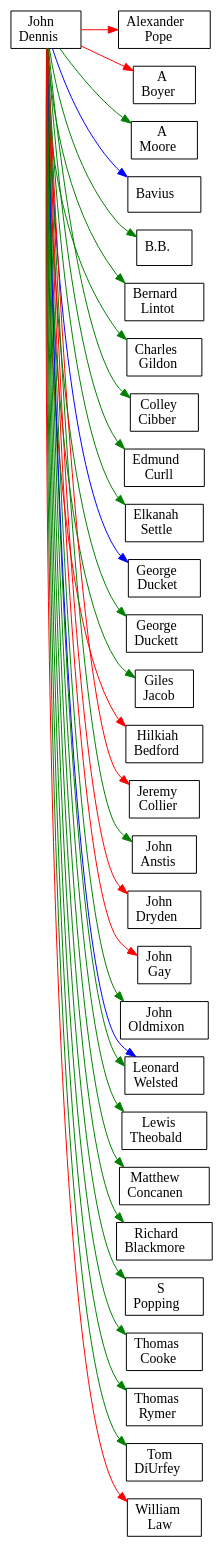
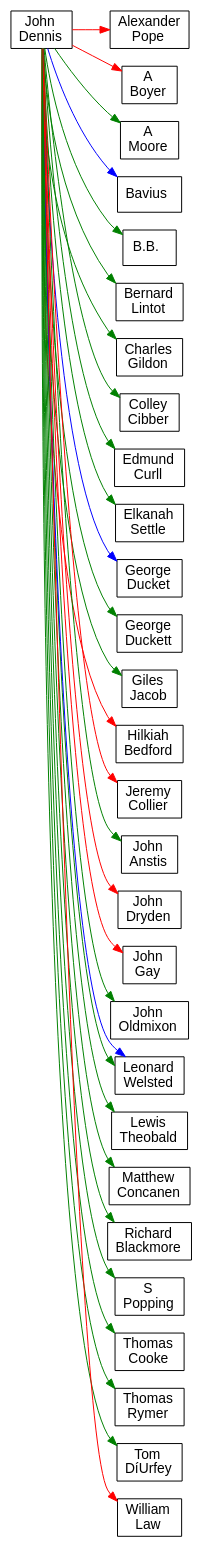
One commit to ontoligent/dunciad changed the diagram in images/JOHN_DENNIS.dot. Above: the diagram before and after it, drawn with Graphviz. The commit also changed 35 other files, not shown here.

```diff
--- a/images/JOHN_DENNIS.dot
+++ b/images/JOHN_DENNIS.dot
@@ -1,62 +1,62 @@
 digraph G {
 rankdir=LR
-node [shape=rect overlap=false]
+node [shape=rect overlap=false fontname=arial]
 ALEXANDER_POPE [label=< Alexander<br/>Pope >]
 A_BOYER [label=< A<br/>Boyer >]
 A_MOORE [label=< A<br/>Moore >]
 BAVIUS [label=< Bavius >]
 BB [label=< B.B. >]
 BERNARD_LINTOT [label=< Bernard<br/>Lintot >]
 CHARLES_GILDON [label=< Charles<br/>Gildon >]
 COLLEY_CIBBER [label=< Colley<br/>Cibber >]
 EDMUND_CURLL [label=< Edmund<br/>Curll >]
 ELKANAH_SETTLE [label=< Elkanah<br/>Settle >]
 GEORGE_DUCKET [label=< George<br/>Ducket >]
 GEORGE_DUCKETT [label=< George<br/>Duckett >]
 GILES_JACOB [label=< Giles<br/>Jacob >]
 HILKIAH_BEDFORD [label=< Hilkiah<br/>Bedford >]
 JEREMY_COLLIER [label=< Jeremy<br/>Collier >]
 JOHN_ANSTIS [label=< John<br/>Anstis >]
 JOHN_DENNIS [label=< John<br/>Dennis >]
 JOHN_DRYDEN [label=< John<br/>Dryden >]
 JOHN_GAY [label=< John<br/>Gay >]
 JOHN_OLDMIXON [label=< John<br/>Oldmixon >]
 LEONARD_WELSTED [label=< Leonard<br/>Welsted >]
 LEWIS_THEOBALD [label=< Lewis<br/>Theobald >]
 MATTHEW_CONCANEN [label=< Matthew<br/>Concanen >]
 RICHARD_BLACKMORE [label=< Richard<br/>Blackmore >]
 S_POPPING [label=< S<br/>Popping >]
 THOMAS_COOKE [label=< Thomas<br/>Cooke >]
 THOMAS_RYMER [label=< Thomas<br/>Rymer >]
 TOM_DÍURFEY [label=< Tom<br/>DíUrfey >]
 WILLIAM_LAW [label=< William<br/>Law >]
 JOHN_DENNIS -> ALEXANDER_POPE [color=red weight=3136]
 JOHN_DENNIS -> A_BOYER [color=red weight=1]
 JOHN_DENNIS -> A_MOORE [color=green weight=1]
 JOHN_DENNIS -> BAVIUS [color=blue weight=1]
 JOHN_DENNIS -> BB [color=green weight=1]
 JOHN_DENNIS -> BERNARD_LINTOT [color=green weight=4]
 JOHN_DENNIS -> CHARLES_GILDON [color=green weight=25]
 JOHN_DENNIS -> COLLEY_CIBBER [color=green weight=4]
 JOHN_DENNIS -> EDMUND_CURLL [color=green weight=9]
 JOHN_DENNIS -> ELKANAH_SETTLE [color=green weight=1]
 JOHN_DENNIS -> GEORGE_DUCKET [color=blue weight=1]
 JOHN_DENNIS -> GEORGE_DUCKETT [color=green weight=1]
 JOHN_DENNIS -> GILES_JACOB [color=green weight=9]
 JOHN_DENNIS -> HILKIAH_BEDFORD [color=red weight=1]
 JOHN_DENNIS -> JEREMY_COLLIER [color=red weight=1]
 JOHN_DENNIS -> JOHN_ANSTIS [color=green weight=1]
 JOHN_DENNIS -> JOHN_DRYDEN [color=red weight=4]
 JOHN_DENNIS -> JOHN_GAY [color=red weight=1]
 JOHN_DENNIS -> JOHN_OLDMIXON [color=green weight=4]
 JOHN_DENNIS -> LEONARD_WELSTED [color=green weight=1]
 JOHN_DENNIS -> LEONARD_WELSTED [color=blue weight=1]
 JOHN_DENNIS -> LEWIS_THEOBALD [color=green weight=25]
 JOHN_DENNIS -> MATTHEW_CONCANEN [color=green weight=1]
 JOHN_DENNIS -> RICHARD_BLACKMORE [color=green weight=16]
 JOHN_DENNIS -> S_POPPING [color=green weight=1]
 JOHN_DENNIS -> THOMAS_COOKE [color=green weight=1]
 JOHN_DENNIS -> THOMAS_RYMER [color=green weight=1]
 JOHN_DENNIS -> TOM_DÍURFEY [color=green weight=4]
 JOHN_DENNIS -> WILLIAM_LAW [color=red weight=16]
 }
```
